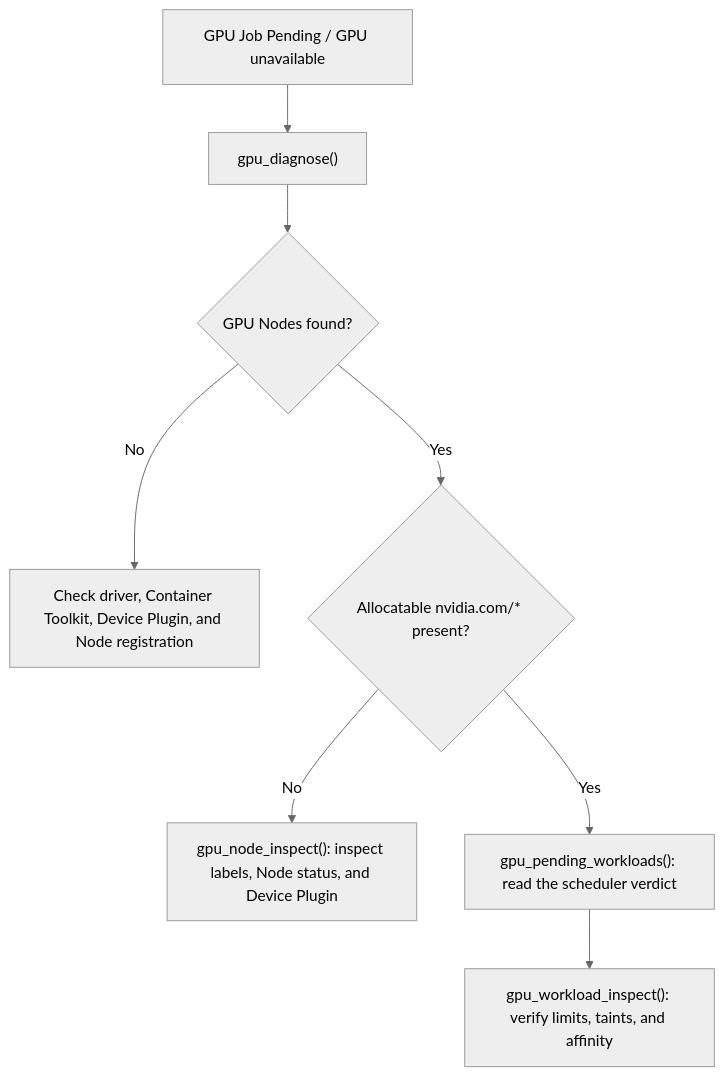
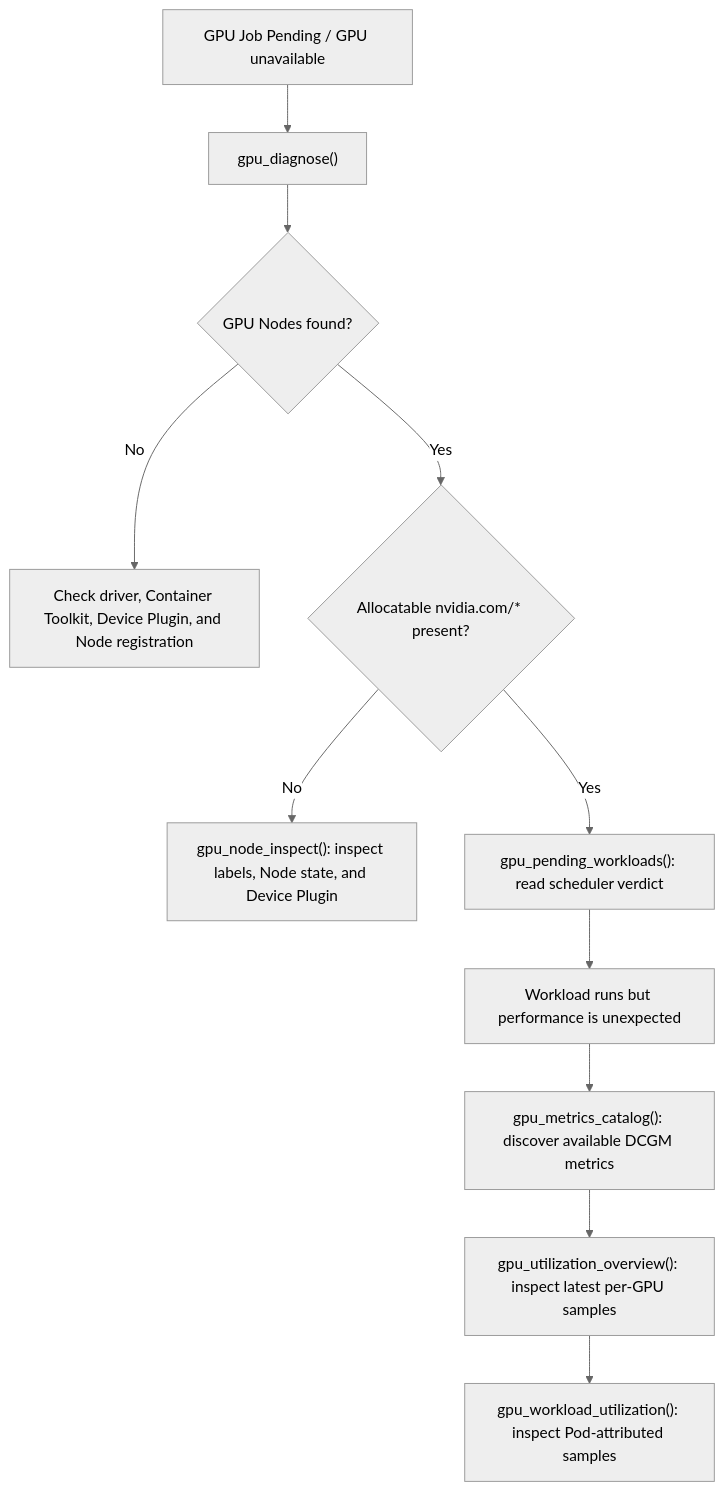
The diagram in docs/gpu.en.md (bilbilmyc/k8s-mcp), drawn with Mermaid (neutral theme) before and after one commit. The commit also changed other lines of this file and 14 other files, not shown here.

Commit message:
feat: add NVIDIA GPU Prometheus metrics

````diff
--- a/docs/gpu.en.md
+++ b/docs/gpu.en.md
@@ -88,10 +98,13 @@
 ```mermaid
 flowchart TD
     A["GPU Job Pending / GPU unavailable"] --> B["gpu_diagnose()"]
     B --> C{"GPU Nodes found?"}
     C -- No --> D["Check driver, Container Toolkit, Device Plugin, and Node registration"]
     C -- Yes --> E{"Allocatable nvidia.com/* present?"}
-    E -- No --> F["gpu_node_inspect(): inspect labels, Node status, and Device Plugin"]
-    E -- Yes --> G["gpu_pending_workloads(): read the scheduler verdict"]
-    G --> H["gpu_workload_inspect(): verify limits, taints, and affinity"]
+    E -- No --> F["gpu_node_inspect(): inspect labels, Node state, and Device Plugin"]
+    E -- Yes --> G["gpu_pending_workloads(): read scheduler verdict"]
+    G --> H["Workload runs but performance is unexpected"]
+    H --> I["gpu_metrics_catalog(): discover available DCGM metrics"]
+    I --> J["gpu_utilization_overview(): inspect latest per-GPU samples"]
+    J --> K["gpu_workload_utilization(): inspect Pod-attributed samples"]
 ```
````
